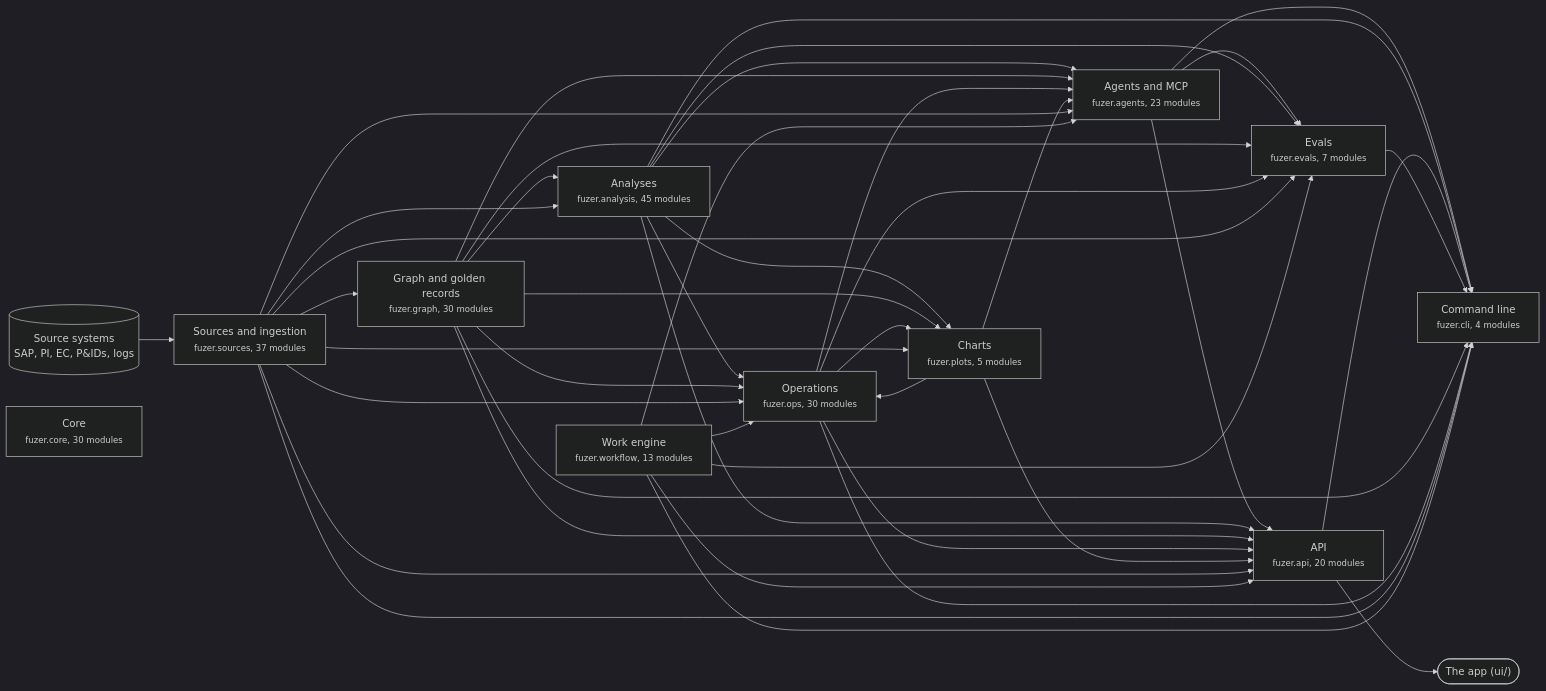
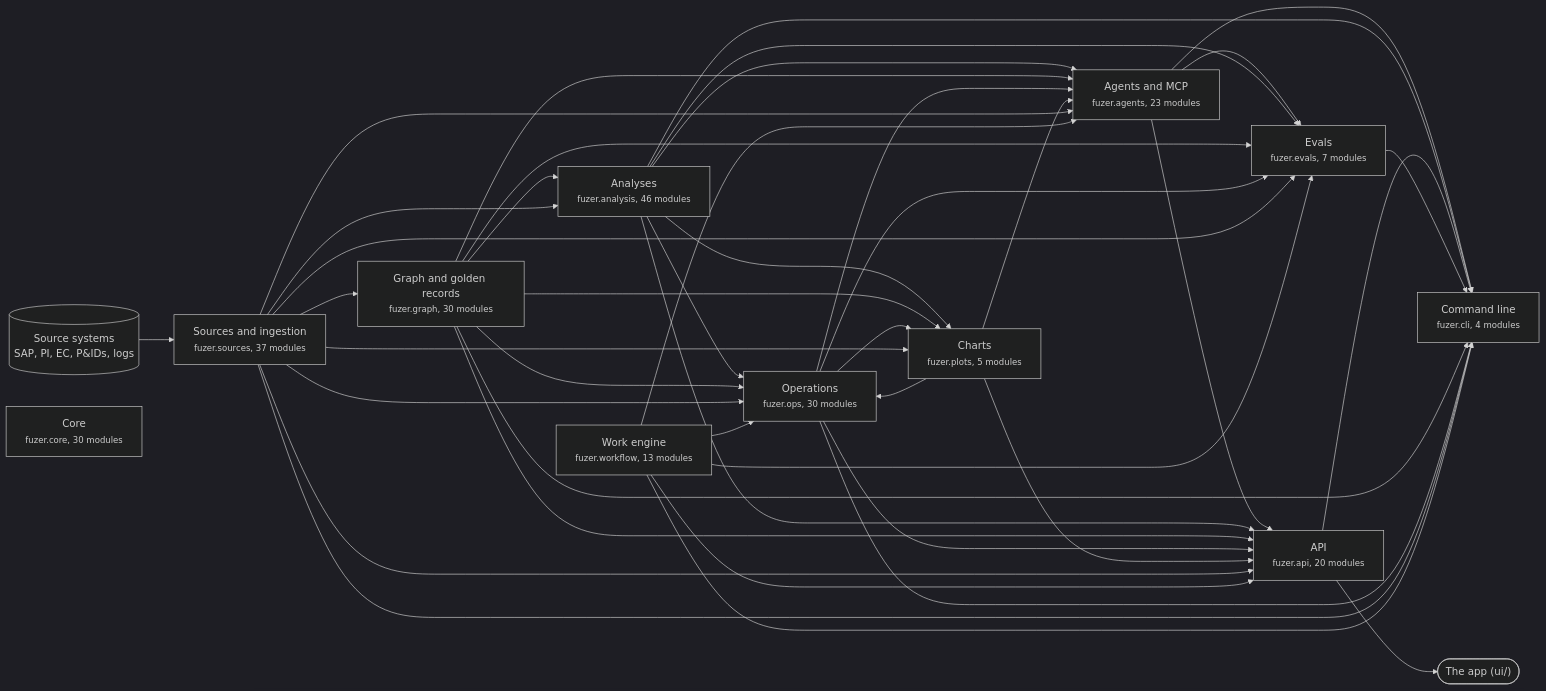
Before and after one commit to areed145/fuzer: the first of 3 diagrams in docs/architecture.md, drawn with Mermaid (dark theme). The commit also changed other lines of this file and 10 other files, not shown here.

````diff
--- a/docs/architecture.md
+++ b/docs/architecture.md
@@ -8,67 +8,67 @@
 ```mermaid
 flowchart LR
   systems[("Source systems<br>SAP, PI, EC, P&IDs, logs")] --> c_sources
   app(["The app (ui/)"])
   c_api --> app
   c_sources["Sources and ingestion<br><small>fuzer.sources, 37 modules</small>"]
   c_graph["Graph and golden records<br><small>fuzer.graph, 30 modules</small>"]
-  c_analysis["Analyses<br><small>fuzer.analysis, 45 modules</small>"]
+  c_analysis["Analyses<br><small>fuzer.analysis, 46 modules</small>"]
   c_ops["Operations<br><small>fuzer.ops, 30 modules</small>"]
   c_plots["Charts<br><small>fuzer.plots, 5 modules</small>"]
   c_workflow["Work engine<br><small>fuzer.workflow, 13 modules</small>"]
   c_agents["Agents and MCP<br><small>fuzer.agents, 23 modules</small>"]
   c_evals["Evals<br><small>fuzer.evals, 7 modules</small>"]
   c_api["API<br><small>fuzer.api, 20 modules</small>"]
   c_cli["Command line<br><small>fuzer.cli, 4 modules</small>"]
   c_core["Core<br><small>fuzer.core, 30 modules</small>"]
   c_sources --> c_graph
   c_graph --> c_analysis
   c_sources --> c_analysis
   c_analysis --> c_ops
   c_graph --> c_ops
   c_plots --> c_ops
   c_sources --> c_ops
   c_workflow --> c_ops
   c_analysis --> c_plots
   c_graph --> c_plots
   c_ops --> c_plots
   c_sources --> c_plots
   c_analysis --> c_agents
   c_graph --> c_agents
   c_ops --> c_agents
   c_plots --> c_agents
   c_sources --> c_agents
   c_workflow --> c_agents
   c_agents --> c_evals
   c_analysis --> c_evals
   c_graph --> c_evals
   c_ops --> c_evals
   c_sources --> c_evals
   c_workflow --> c_evals
   c_agents --> c_api
   c_analysis --> c_api
   c_graph --> c_api
   c_ops --> c_api
   c_plots --> c_api
   c_sources --> c_api
   c_workflow --> c_api
   c_agents --> c_cli
   c_analysis --> c_cli
   c_api --> c_cli
   c_evals --> c_cli
   c_graph --> c_cli
   c_ops --> c_cli
   c_sources --> c_cli
   c_workflow --> c_cli
   click c_sources "https://github.com/areed145/fuzer/tree/main/src/fuzer/sources"
   click c_graph "https://github.com/areed145/fuzer/tree/main/src/fuzer/graph"
   click c_analysis "https://github.com/areed145/fuzer/tree/main/src/fuzer/analysis"
   click c_ops "https://github.com/areed145/fuzer/tree/main/src/fuzer/ops"
   click c_plots "https://github.com/areed145/fuzer/tree/main/src/fuzer/plots"
   click c_workflow "https://github.com/areed145/fuzer/tree/main/src/fuzer/workflow"
   click c_agents "https://github.com/areed145/fuzer/tree/main/src/fuzer/agents"
   click c_evals "https://github.com/areed145/fuzer/tree/main/src/fuzer/evals"
   click c_api "https://github.com/areed145/fuzer/tree/main/src/fuzer/api"
   click c_cli "https://github.com/areed145/fuzer/tree/main/src/fuzer/cli"
   click c_core "https://github.com/areed145/fuzer/tree/main/src/fuzer/core"
 ```
````
